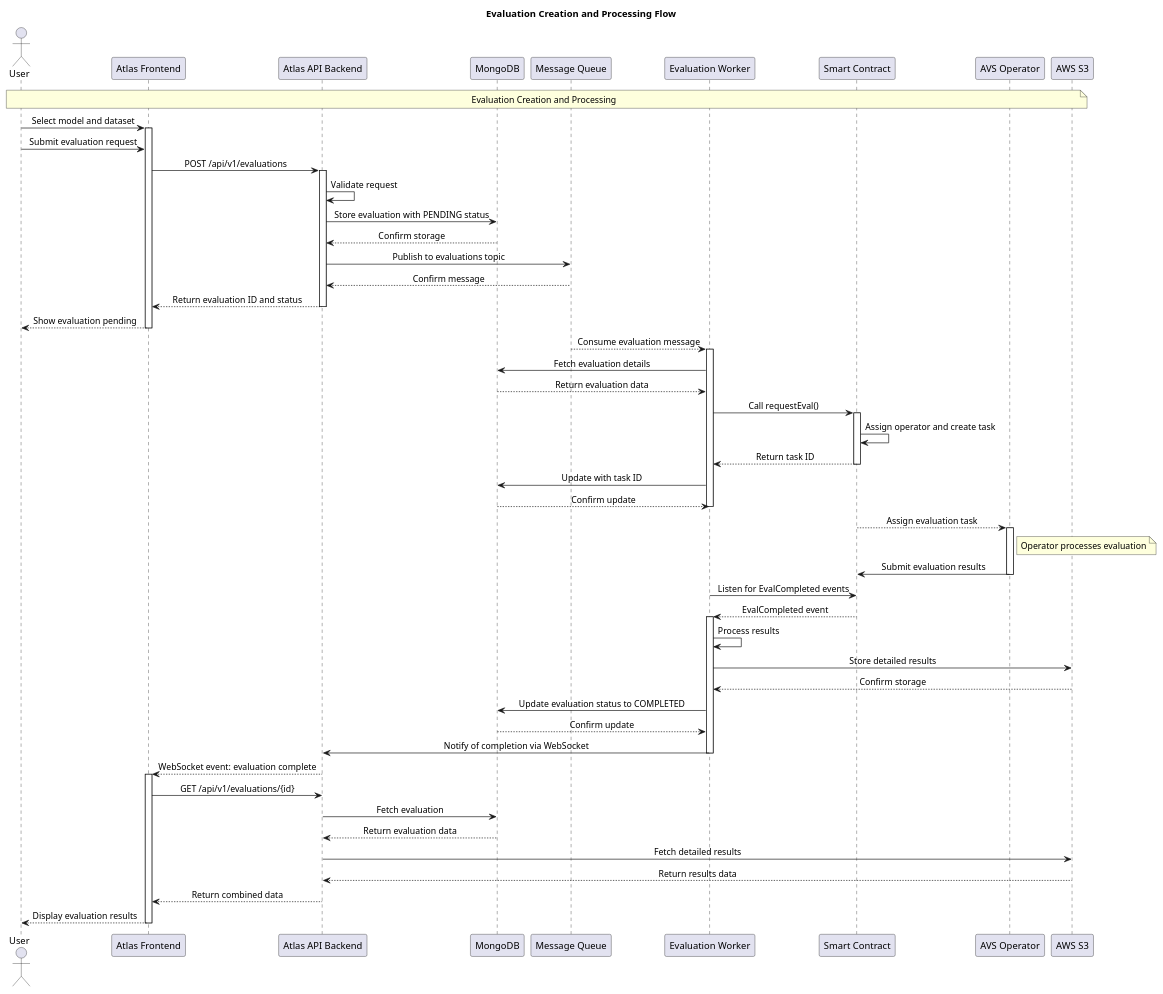
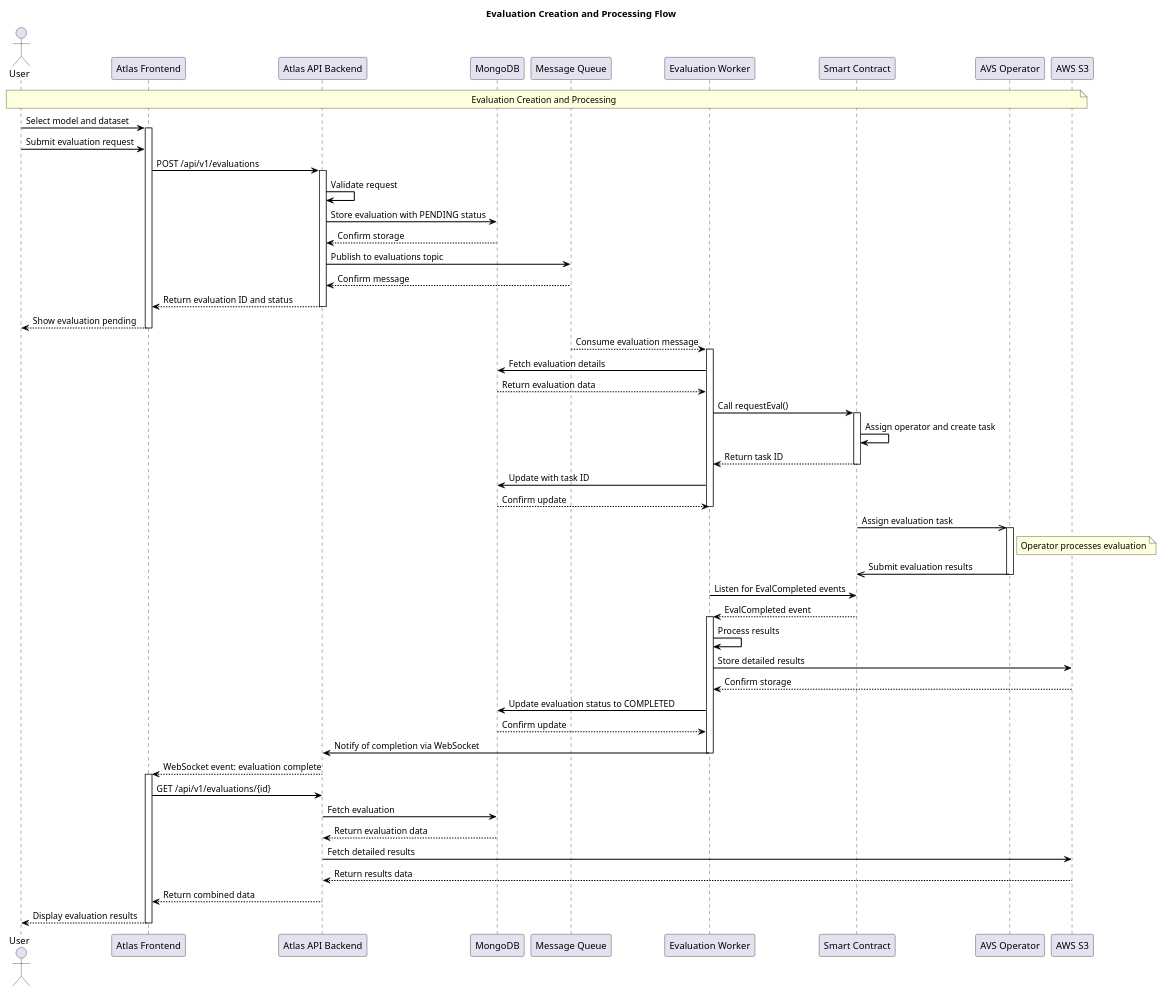
One commit to k-g-j/ll-sequence-diagrams changed the diagram in plantuml-diagrams/atlas-evaluation-flow.puml. Above: the diagram before and after it, drawn with PlantUML. The commit also changed 11 other files, not shown here.

Commit message:
Fix arrow alignment issues in PlantUML diagrams

```diff
--- a/plantuml-diagrams/atlas-evaluation-flow.puml
+++ b/plantuml-diagrams/atlas-evaluation-flow.puml
@@ -1,75 +1,78 @@
 @startuml
 skinparam sequenceMessageAlign center
 skinparam backgroundColor white
 skinparam handwritten false
+skinparam ArrowColor black
+skinparam SequenceArrowThickness 1.5
+skinparam SequenceMessageAlignment left
 
 title Evaluation Creation and Processing Flow
 
 actor User
 participant "Atlas Frontend" as Frontend
 participant "Atlas API Backend" as API
 participant "MongoDB" as MongoDB
 participant "Message Queue" as Kafka
 participant "Evaluation Worker" as Worker
 participant "Smart Contract" as Contract
 participant "AVS Operator" as Operator
 participant "AWS S3" as S3
 
 note over User, S3: Evaluation Creation and Processing
 
 User -> Frontend: Select model and dataset
 activate Frontend
 User -> Frontend: Submit evaluation request
 Frontend -> API: POST /api/v1/evaluations
 activate API
 API -> API: Validate request
 API -> MongoDB: Store evaluation with PENDING status
 MongoDB --> API: Confirm storage
 API -> Kafka: Publish to evaluations topic
 Kafka --> API: Confirm message
 API --> Frontend: Return evaluation ID and status
 deactivate API
 Frontend --> User: Show evaluation pending
 deactivate Frontend
 
 Kafka --> Worker: Consume evaluation message
 activate Worker
 Worker -> MongoDB: Fetch evaluation details
 MongoDB --> Worker: Return evaluation data
 Worker -> Contract: Call requestEval()
 activate Contract
 Contract -> Contract: Assign operator and create task
 Contract --> Worker: Return task ID
 deactivate Contract
 Worker -> MongoDB: Update with task ID
 MongoDB --> Worker: Confirm update
 deactivate Worker
 
-Contract --> Operator: Assign evaluation task
+Contract ->> Operator: Assign evaluation task
 activate Operator
 note right of Operator: Operator processes evaluation
-Operator -> Contract: Submit evaluation results
+Operator ->> Contract: Submit evaluation results
 deactivate Operator
 
 Worker -> Contract: Listen for EvalCompleted events
 Contract --> Worker: EvalCompleted event
 activate Worker
 Worker -> Worker: Process results
 Worker -> S3: Store detailed results
 S3 --> Worker: Confirm storage
 Worker -> MongoDB: Update evaluation status to COMPLETED
 MongoDB --> Worker: Confirm update
 Worker -> API: Notify of completion via WebSocket
 deactivate Worker
 
 API --> Frontend: WebSocket event: evaluation complete
 activate Frontend
 Frontend -> API: GET /api/v1/evaluations/{id}
 API -> MongoDB: Fetch evaluation
 MongoDB --> API: Return evaluation data
 API -> S3: Fetch detailed results
 S3 --> API: Return results data
 API --> Frontend: Return combined data
 Frontend --> User: Display evaluation results
 deactivate Frontend
 @enduml
```
